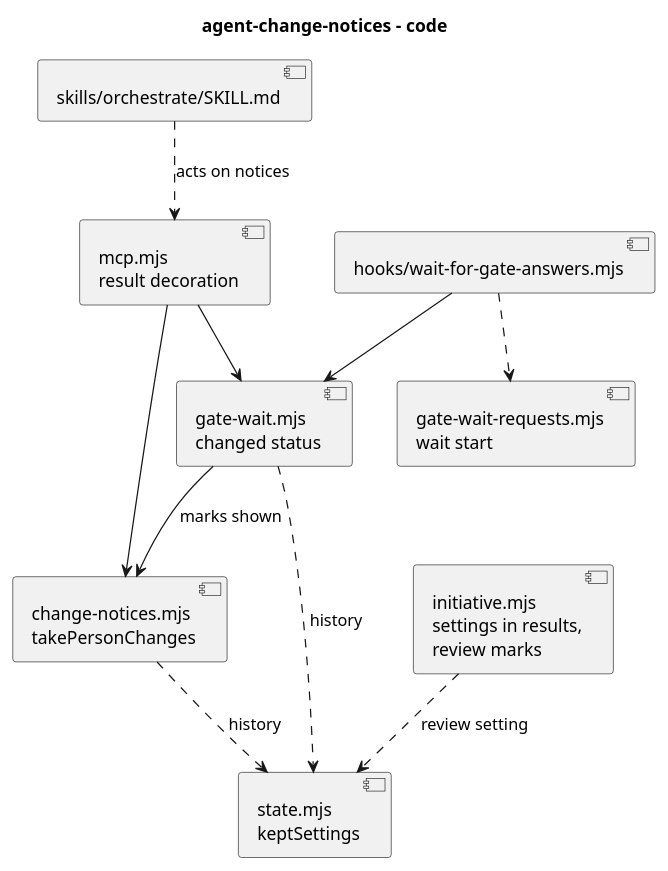
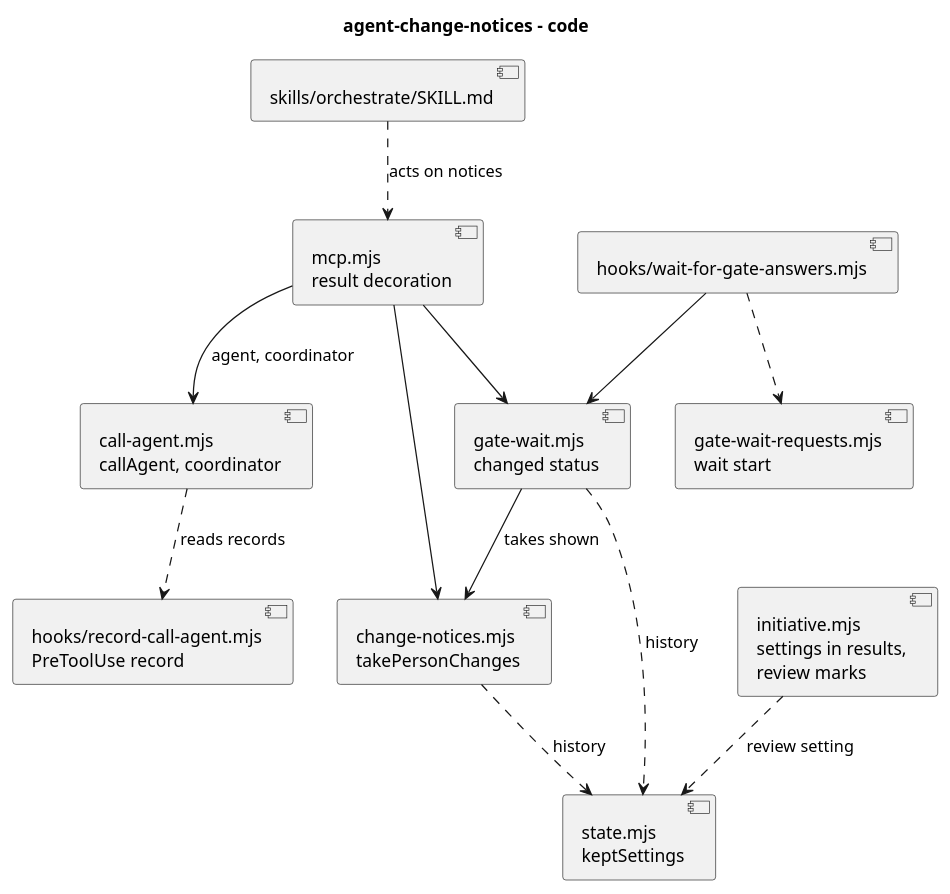
One commit to RumyantsevMichael/Prism changed the diagram in docs/plans/initiative-settings-actions/agent-change-notices/code.puml. Above: the diagram before and after it, drawn with PlantUML. The commit also changed 5 other files, not shown here.

```diff
--- a/docs/plans/initiative-settings-actions/agent-change-notices/code.puml
+++ b/docs/plans/initiative-settings-actions/agent-change-notices/code.puml
@@ -1,20 +1,24 @@
 @startuml
 title agent-change-notices - code
+component "hooks/record-call-agent.mjs\nPreToolUse record" as AgentHook
+component "call-agent.mjs\ncallAgent, coordinator" as Agent
 component "change-notices.mjs\ntakePersonChanges" as Notices
 component "mcp.mjs\nresult decoration" as Mcp
 component "gate-wait.mjs\nchanged status" as Wait
 component "gate-wait-requests.mjs\nwait start" as Requests
 component "hooks/wait-for-gate-answers.mjs" as Hook
 component "state.mjs\nkeptSettings" as State
 component "initiative.mjs\nsettings in results,\nreview marks" as Initiative
 component "skills/orchestrate/SKILL.md" as Skill
+Agent ..> AgentHook : reads records
+Mcp --> Agent : agent, coordinator
 Mcp --> Notices
-Wait --> Notices : marks shown
+Wait --> Notices : takes shown
 Wait ..> State : history
 Hook --> Wait
 Hook ..> Requests
 Mcp --> Wait
 Notices ..> State : history
 Initiative ..> State : review setting
 Skill ..> Mcp : acts on notices
 @enduml
```
